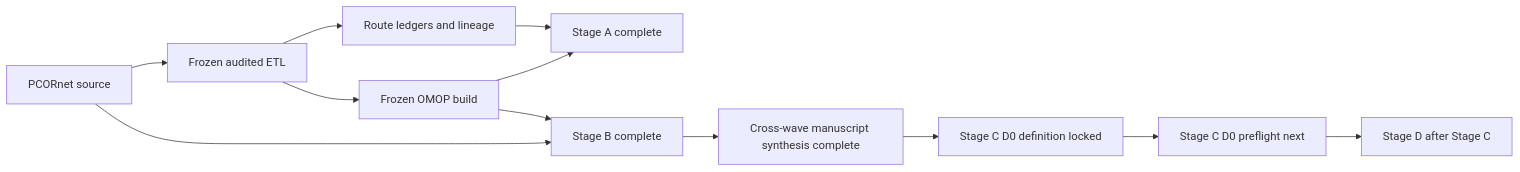
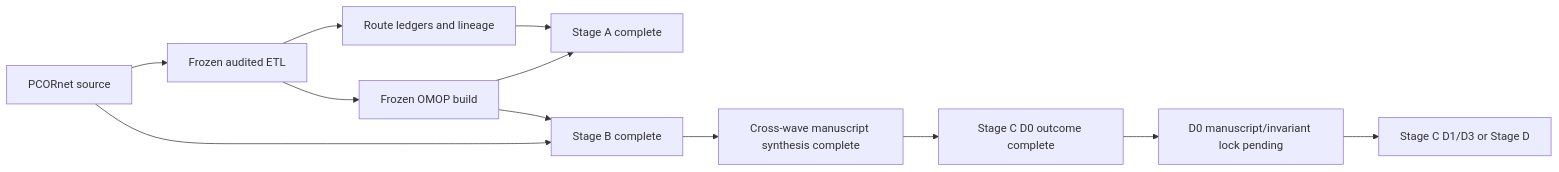
One commit to vafaei-ar/pcornet-omop-validation changed the first of 2 diagrams in docs/current_status_and_publication_plan.md. Above: the diagram before and after it, drawn with Mermaid. The commit also changed other lines of this file, not shown here.

Commit message:
Record Stage C D0 outcome progress

````diff
--- a/docs/current_status_and_publication_plan.md
+++ b/docs/current_status_and_publication_plan.md
@@ -17,14 +17,14 @@
 ```mermaid
 flowchart LR
     A[PCORnet source] --> B[Frozen audited ETL]
     B --> C[Frozen OMOP build]
     B --> D[Route ledgers and lineage]
     C --> E[Stage A complete]
     D --> E
     A --> F[Stage B complete]
     C --> F
     F --> G[Cross-wave manuscript synthesis complete]
-    G --> H[Stage C D0 definition locked]
-    H --> I[Stage C D0 preflight next]
-    I --> J[Stage D after Stage C]
+    G --> H[Stage C D0 outcome complete]
+    H --> I[D0 manuscript/invariant lock pending]
+    I --> J[Stage C D1/D3 or Stage D]
 ```
````
